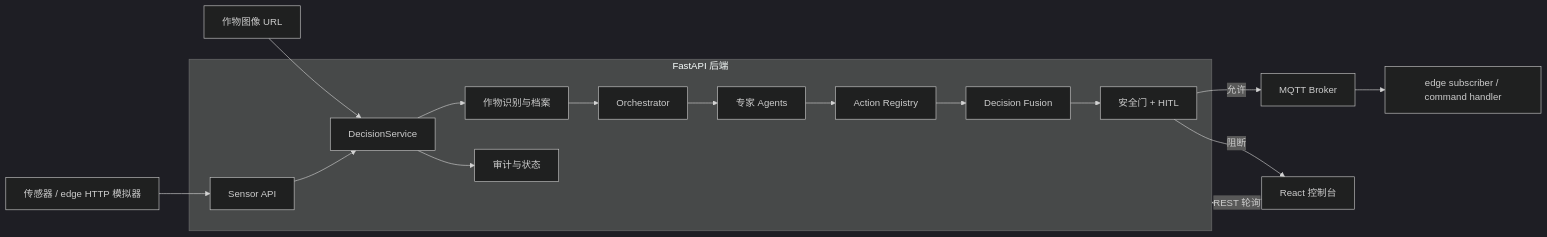
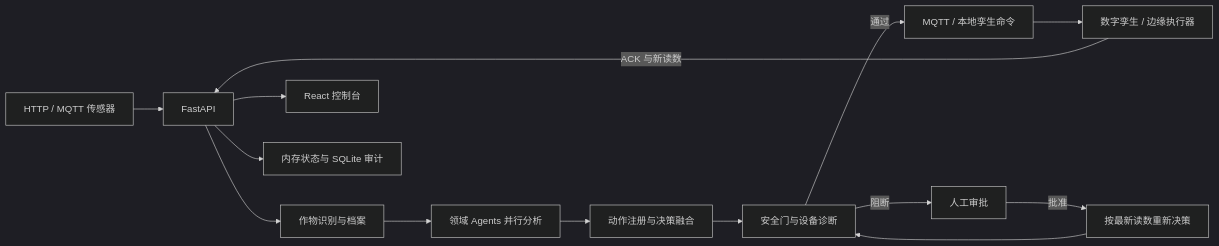
The diagram in README.md (Yasen027/Multi-Agent-Greenhouse-Cultivation-System), drawn with Mermaid (dark theme) before and after one commit. The commit also changed other lines of this file, not shown here.

````diff
--- a/README.md
+++ b/README.md
@@ -39,30 +19,16 @@
 ```mermaid
 flowchart LR
-    SENSOR[传感器 / edge HTTP 模拟器]
-    IMAGE[作物图像 URL]
-
-    subgraph API[FastAPI 后端]
-        INGEST[Sensor API]
-        SERVICE[DecisionService]
-        IDENTIFY[作物识别与档案]
-        ORCH[Orchestrator]
-        AGENTS[专家 Agents]
-        REGISTRY[Action Registry]
-        FUSION[Decision Fusion]
-        SAFETY[安全门 + HITL]
-        AUDIT[审计与状态]
-    end
-
-    MQTT[MQTT Broker]
-    EDGE[edge subscriber / command handler]
-    UI[React 控制台]
-
-    SENSOR --> INGEST
-    IMAGE --> SERVICE
-    INGEST --> SERVICE
-    SERVICE --> IDENTIFY --> ORCH --> AGENTS --> REGISTRY --> FUSION --> SAFETY
-    SAFETY -->|允许| MQTT --> EDGE
-    SAFETY -->|阻断| UI
-    SERVICE --> AUDIT
-    UI -->|REST 轮询| API
+    SENSOR[HTTP / MQTT 传感器] --> API[FastAPI]
+    API --> PROFILE[作物识别与档案]
+    PROFILE --> AGENTS[领域 Agents 并行分析]
+    AGENTS --> FUSION[动作注册与决策融合]
+    FUSION --> SAFE[安全门与设备诊断]
+    SAFE -->|通过| DISPATCH[MQTT / 本地孪生命令]
+    SAFE -->|阻断| HITL[人工审批]
+    HITL -->|批准| RECHECK[按最新读数重新决策]
+    RECHECK --> SAFE
+    DISPATCH --> TWIN[数字孪生 / 边缘执行器]
+    TWIN -->|ACK 与新读数| API
+    API --> UI[React 控制台]
+    API --> AUDIT[内存状态与 SQLite 审计]
 ```
````
